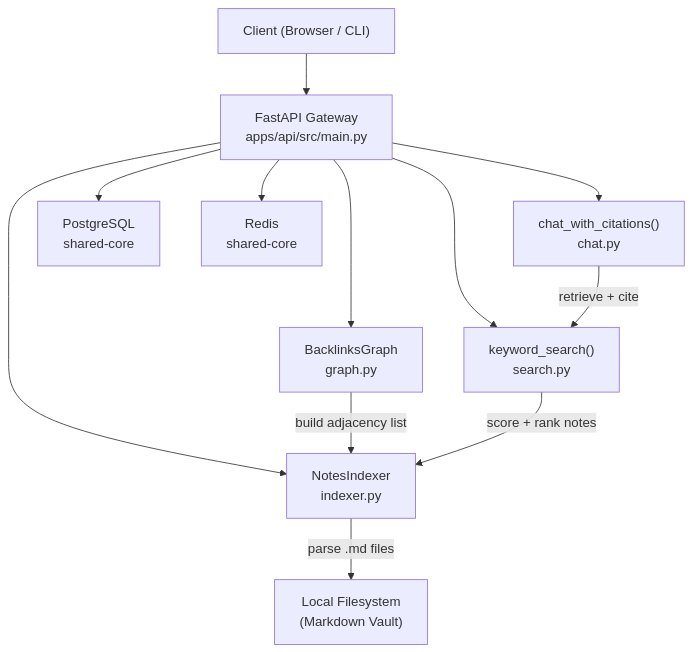
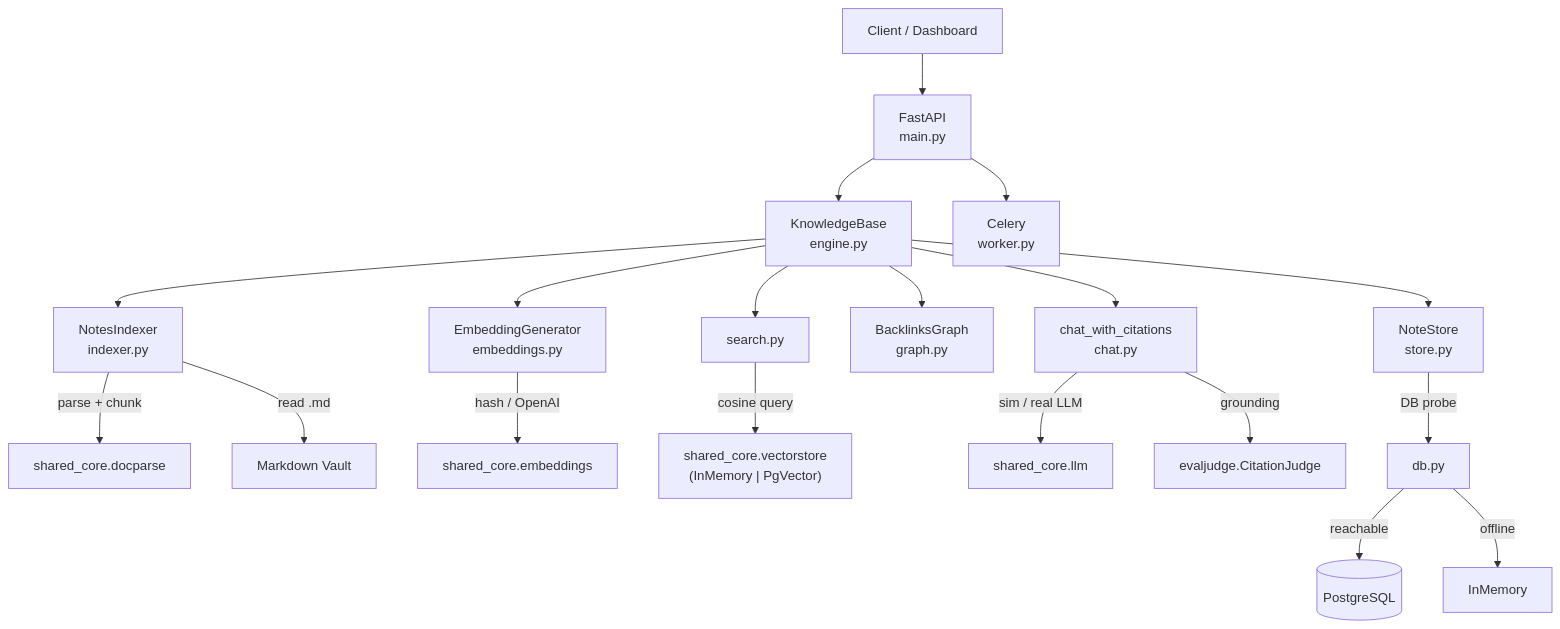
Before and after one commit to FishRaposo/personal-knowledge-base-os: the diagram in README.md, drawn with Mermaid. The commit also changed other lines of this file and 106 other files, not shown here.

````diff
--- a/README.md
+++ b/README.md
@@ -29,14 +50,25 @@
 ```mermaid
 graph TD
-    Client["Client (Browser / CLI)"] --> API["FastAPI Gateway\napps/api/src/main.py"]
-    API --> Indexer["NotesIndexer\nindexer.py"]
-    API --> Graph["BacklinksGraph\ngraph.py"]
-    API --> Search["keyword_search()\nsearch.py"]
-    API --> Chat["chat_with_citations()\nchat.py"]
-    Indexer -->|"parse .md files"| FS["Local Filesystem\n(Markdown Vault)"]
-    Graph -->|"build adjacency list"| Indexer
-    Search -->|"score + rank notes"| Indexer
-    Chat -->|"retrieve + cite"| Search
-    API --> DB["PostgreSQL\nshared-core"]
-    API --> Redis["Redis\nshared-core"]
+    Client["Client / Dashboard"] --> API["FastAPI<br/>main.py"]
+    API --> Engine["KnowledgeBase<br/>engine.py"]
+
+    Engine --> Indexer["NotesIndexer<br/>indexer.py"]
+    Engine --> Embedder["EmbeddingGenerator<br/>embeddings.py"]
+    Engine --> Search["search.py"]
+    Engine --> Graph["BacklinksGraph<br/>graph.py"]
+    Engine --> Chat["chat_with_citations<br/>chat.py"]
+
+    Indexer -->|parse + chunk| SC1["shared_core.docparse"]
+    Embedder -->|hash / OpenAI| SC2["shared_core.embeddings"]
+    Search -->|cosine query| VS["shared_core.vectorstore<br/>(InMemory | PgVector)"]
+    Chat -->|sim / real LLM| SC3["shared_core.llm"]
+    Chat -->|grounding| SC4["evaljudge.CitationJudge"]
+
+    Engine --> Store["NoteStore<br/>store.py"]
+    Store -->|DB probe| DB["db.py"]
+    DB -->|reachable| PG[("PostgreSQL")]
+    DB -->|offline| MEM["InMemory"]
+
+    Indexer -->|read .md| FS["Markdown Vault"]
+    API --> Worker["Celery<br/>worker.py"]
 ```
````
